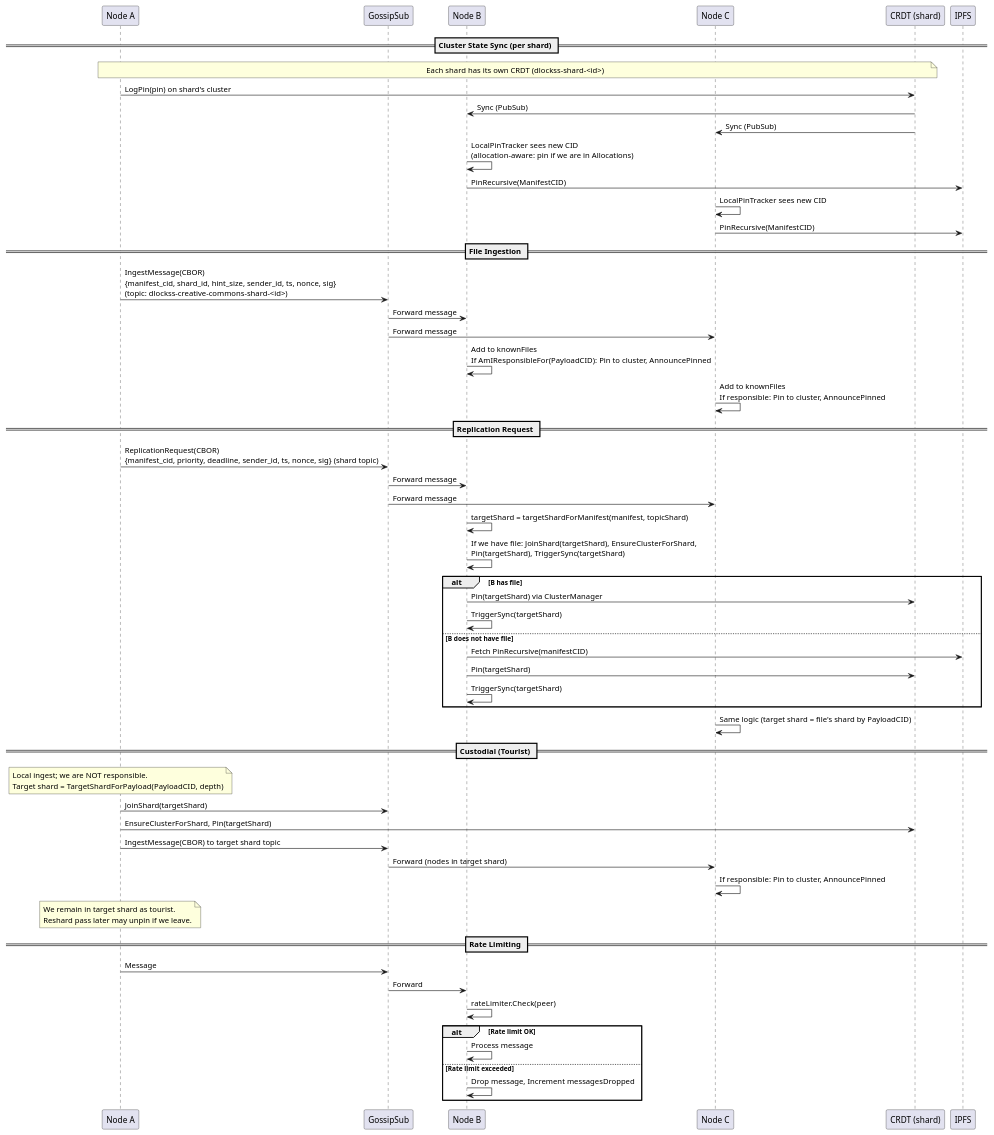
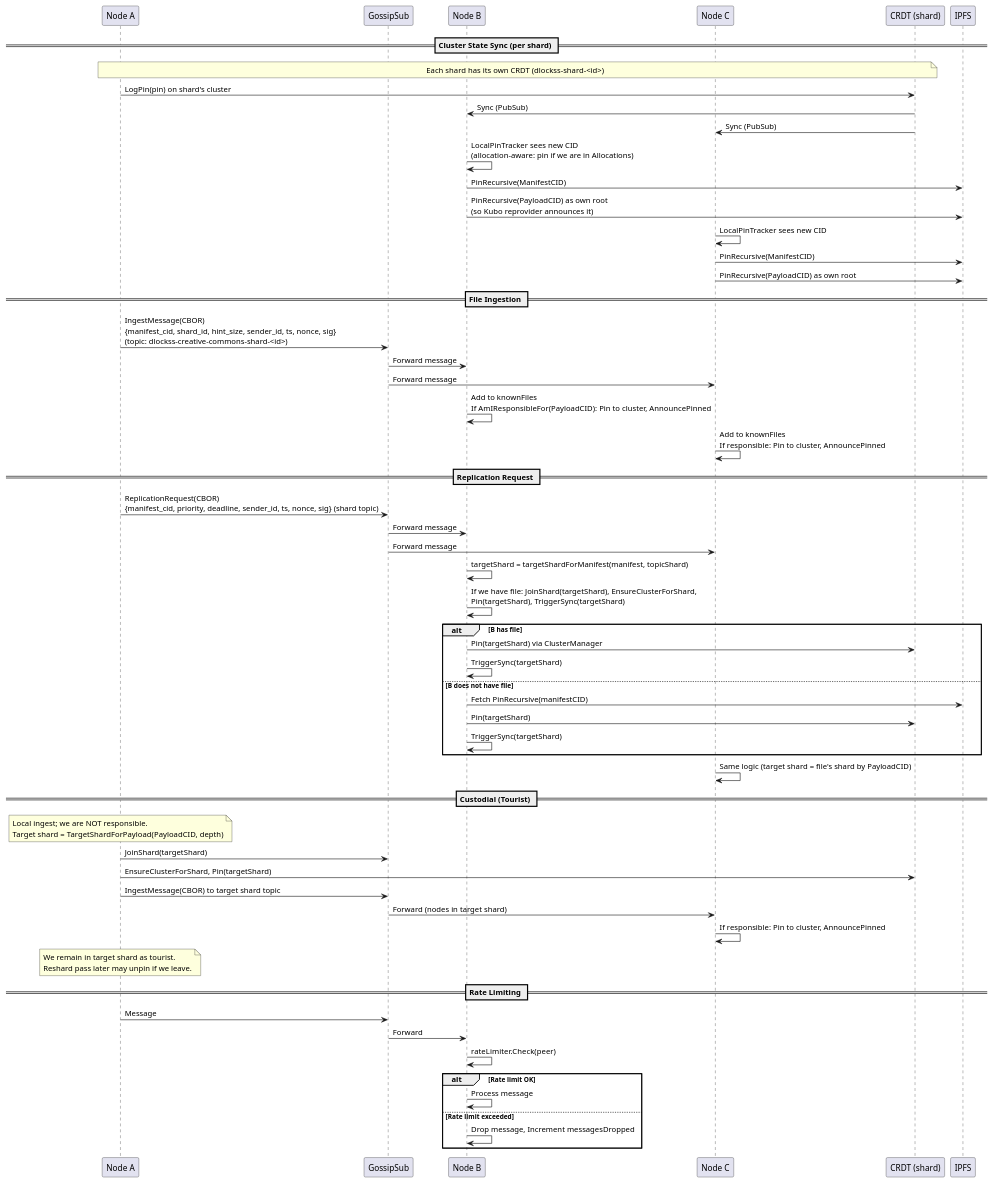
Before and after one commit to gipplab/D-LOCKSS: the diagram in docs/message_flow.puml, drawn with PlantUML. The commit also changed 7 other files, not shown here.

```diff
--- a/docs/message_flow.puml
+++ b/docs/message_flow.puml
@@ -1,62 +1,64 @@
 @startuml Message Flow Diagram
 
 participant "Node A" as A
 participant "GossipSub" as GS
 participant "Node B" as B
 participant "Node C" as C
 participant "CRDT (shard)" as CRDT
 participant "IPFS" as IPFS
 
 == Cluster State Sync (per shard) ==
 note over A, CRDT: Each shard has its own CRDT (dlockss-shard-<id>)
 A -> CRDT: LogPin(pin) on shard's cluster
 CRDT -> B: Sync (PubSub)
 CRDT -> C: Sync (PubSub)
 B -> B: LocalPinTracker sees new CID\n(allocation-aware: pin if we are in Allocations)
 B -> IPFS: PinRecursive(ManifestCID)
+B -> IPFS: PinRecursive(PayloadCID) as own root\n(so Kubo reprovider announces it)
 C -> C: LocalPinTracker sees new CID
 C -> IPFS: PinRecursive(ManifestCID)
+C -> IPFS: PinRecursive(PayloadCID) as own root
 
 == File Ingestion ==
 A -> GS: IngestMessage(CBOR)\n{manifest_cid, shard_id, hint_size, sender_id, ts, nonce, sig}\n(topic: dlockss-creative-commons-shard-<id>)
 GS -> B: Forward message
 GS -> C: Forward message
 B -> B: Add to knownFiles\nIf AmIResponsibleFor(PayloadCID): Pin to cluster, AnnouncePinned
 C -> C: Add to knownFiles\nIf responsible: Pin to cluster, AnnouncePinned
 
 == Replication Request ==
 A -> GS: ReplicationRequest(CBOR)\n{manifest_cid, priority, deadline, sender_id, ts, nonce, sig} (shard topic)
 GS -> B: Forward message
 GS -> C: Forward message
 B -> B: targetShard = targetShardForManifest(manifest, topicShard)
 B -> B: If we have file: JoinShard(targetShard), EnsureClusterForShard,\nPin(targetShard), TriggerSync(targetShard)
 alt B has file
     B -> CRDT: Pin(targetShard) via ClusterManager
     B -> B: TriggerSync(targetShard)
 else B does not have file
     B -> IPFS: Fetch PinRecursive(manifestCID)
     B -> CRDT: Pin(targetShard)
     B -> B: TriggerSync(targetShard)
 end
 C -> C: Same logic (target shard = file's shard by PayloadCID)
 
 == Custodial (Tourist) ==
 note over A: Local ingest; we are NOT responsible.\nTarget shard = TargetShardForPayload(PayloadCID, depth)
 A -> GS: JoinShard(targetShard)
 A -> CRDT: EnsureClusterForShard, Pin(targetShard)
 A -> GS: IngestMessage(CBOR) to target shard topic
 GS -> C: Forward (nodes in target shard)
 C -> C: If responsible: Pin to cluster, AnnouncePinned
 note over A: We remain in target shard as tourist.\nReshard pass later may unpin if we leave.
 
 == Rate Limiting ==
 A -> GS: Message
 GS -> B: Forward
 B -> B: rateLimiter.Check(peer)
 alt Rate limit OK
     B -> B: Process message
 else Rate limit exceeded
     B -> B: Drop message, Increment messagesDropped
 end
 
 @enduml
```
